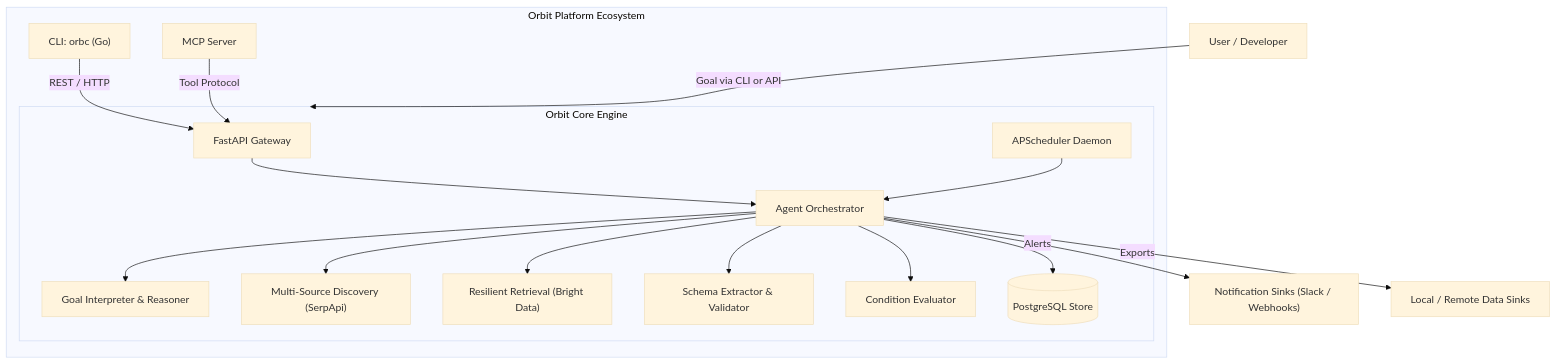
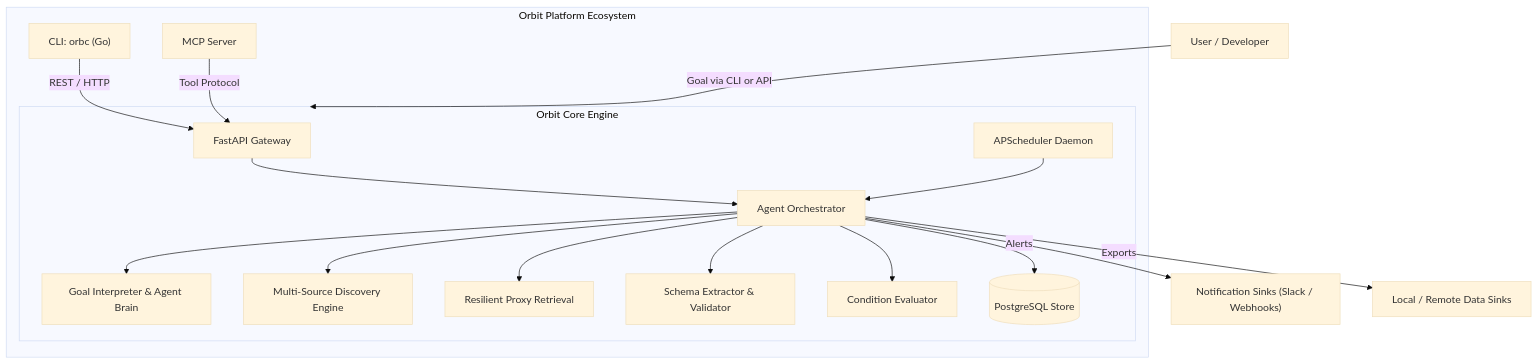
Before and after one commit to leoemaxie/orbit: the diagram in README.md, drawn with Mermaid (base theme). The commit also changed other lines of this file and 25 other files, not shown here.

Commit message:
refactor(core): abstract llm, search, and retrieval providers

````diff
--- a/README.md
+++ b/README.md
@@ -33,23 +33,23 @@
 ```mermaid
 graph TD
     User["User / Developer"] -->|Goal via CLI or API| Core["Orbit Core Engine (Python)"]
     
     subgraph "Orbit Platform Ecosystem"
         CLI["CLI: orbc (Go)"] -->|REST / HTTP| API["FastAPI Gateway"]
         MCP["MCP Server"] -->|Tool Protocol| API
         
         subgraph Core ["Orbit Core Engine"]
             API --> Orchestrator["Agent Orchestrator"]
-            Orchestrator --> LLM["Goal Interpreter & Reasoner"]
-            Orchestrator --> Discovery["Multi-Source Discovery (SerpApi)"]
-            Orchestrator --> Retrieval["Resilient Retrieval (Bright Data)"]
+            Orchestrator --> LLM["Goal Interpreter & Agent Brain"]
+            Orchestrator --> Discovery["Multi-Source Discovery Engine"]
+            Orchestrator --> Retrieval["Resilient Proxy Retrieval"]
             Orchestrator --> Extraction["Schema Extractor & Validator"]
             Orchestrator --> Condition["Condition Evaluator"]
             Orchestrator --> DB[(PostgreSQL Store)]
             Scheduler["APScheduler Daemon"] --> Orchestrator
         end
     end
 
     Orchestrator -->|Alerts| Sinks["Notification Sinks (Slack / Webhooks)"]
     Orchestrator -->|Exports| DataStore["Local / Remote Data Sinks"]
 ```
````
